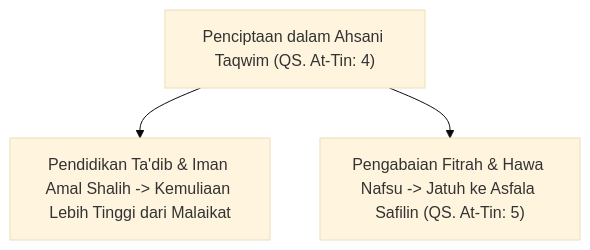
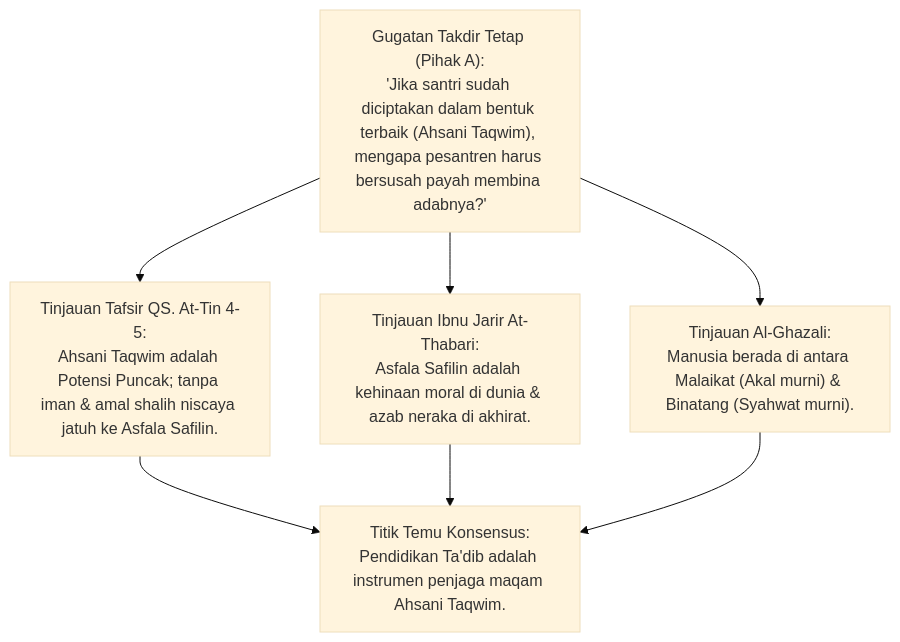
The second of 9 diagrams in 01 Philosophy/02 Human Nature/P1-02-03-Potensi-dan-Amanah.md (wandiapriliyandi/tumbuh), drawn with Mermaid (base theme) before and after one commit. The commit also changed other lines of this file and 6 other files, not shown here.

````diff
--- a/01 Philosophy/02 Human Nature/P1-02-03-Potensi-dan-Amanah.md
+++ b/01 Philosophy/02 Human Nature/P1-02-03-Potensi-dan-Amanah.md
@@ -30,6 +79,8 @@
 ```mermaid
 graph TD
-    Penciptaan["Penciptaan dalam Ahsani Taqwim (QS. At-Tin: 4)"]
-    Penciptaan --> Taat["Pendidikan Ta'dib & Iman Amal Shalih -> Kemuliaan Lebih Tinggi dari Malaikat"]
-    Penciptaan --> Ingkar["Pengabaian Fitrah & Hawa Nafsu -> Jatuh ke Asfala Safilin (QS. At-Tin: 5)"]
+    A["Gugatan Takdir Tetap (Pihak A):<br/>'Jika santri sudah diciptakan dalam bentuk terbaik (Ahsani Taqwim), mengapa pesantren harus bersusah payah membina adabnya?'"]
+    --> B1["Tinjauan Tafsir QS. At-Tin 4-5:<br/>Ahsani Taqwim adalah Potensi Puncak; tanpa iman & amal shalih niscaya jatuh ke Asfala Safilin."]
+    A --> B2["Tinjauan Ibnu Jarir At-Thabari:<br/>Asfala Safilin adalah kehinaan moral di dunia & azab neraka di akhirat."]
+    A --> B3["Tinjauan Al-Ghazali:<br/>Manusia berada di antara Malaikat (Akal murni) & Binatang (Syahwat murni)."]
+    B1 & B2 & B3 --> C["Titik Temu Konsensus:<br/>Pendidikan Ta'dib adalah instrumen penjaga maqam Ahsani Taqwim."]
 ```
````
